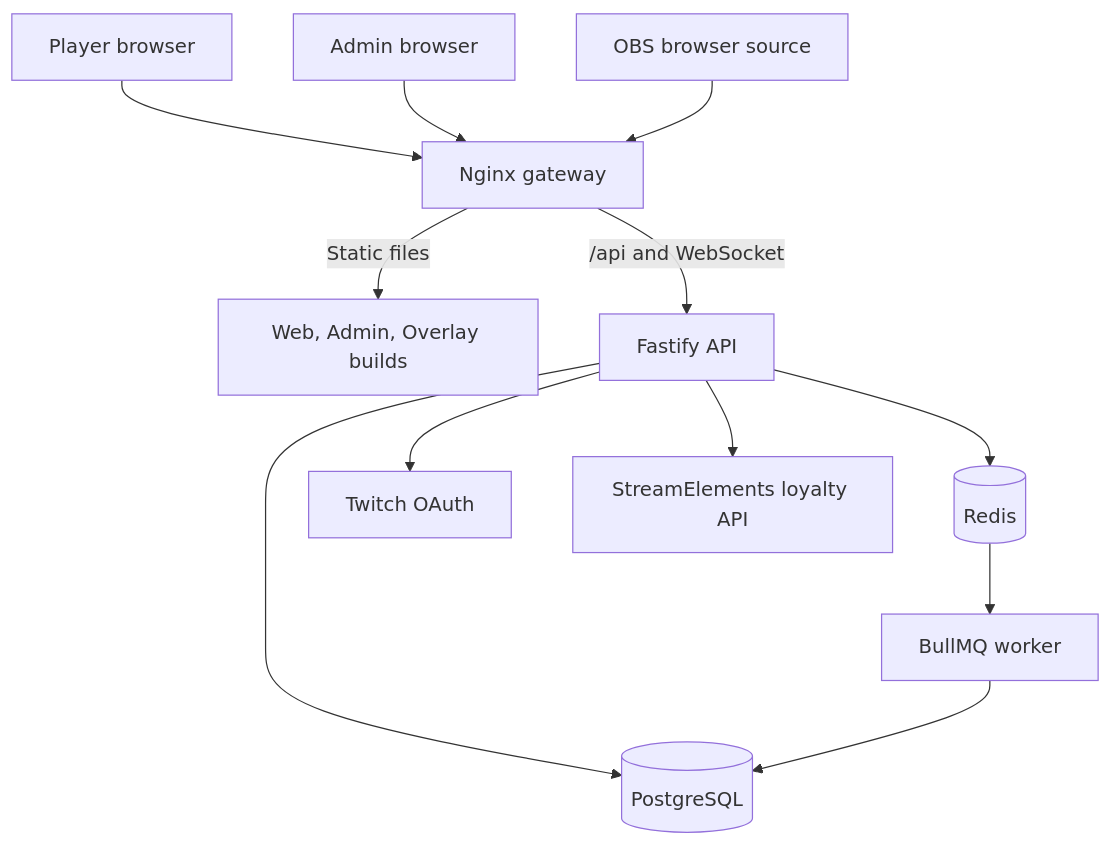
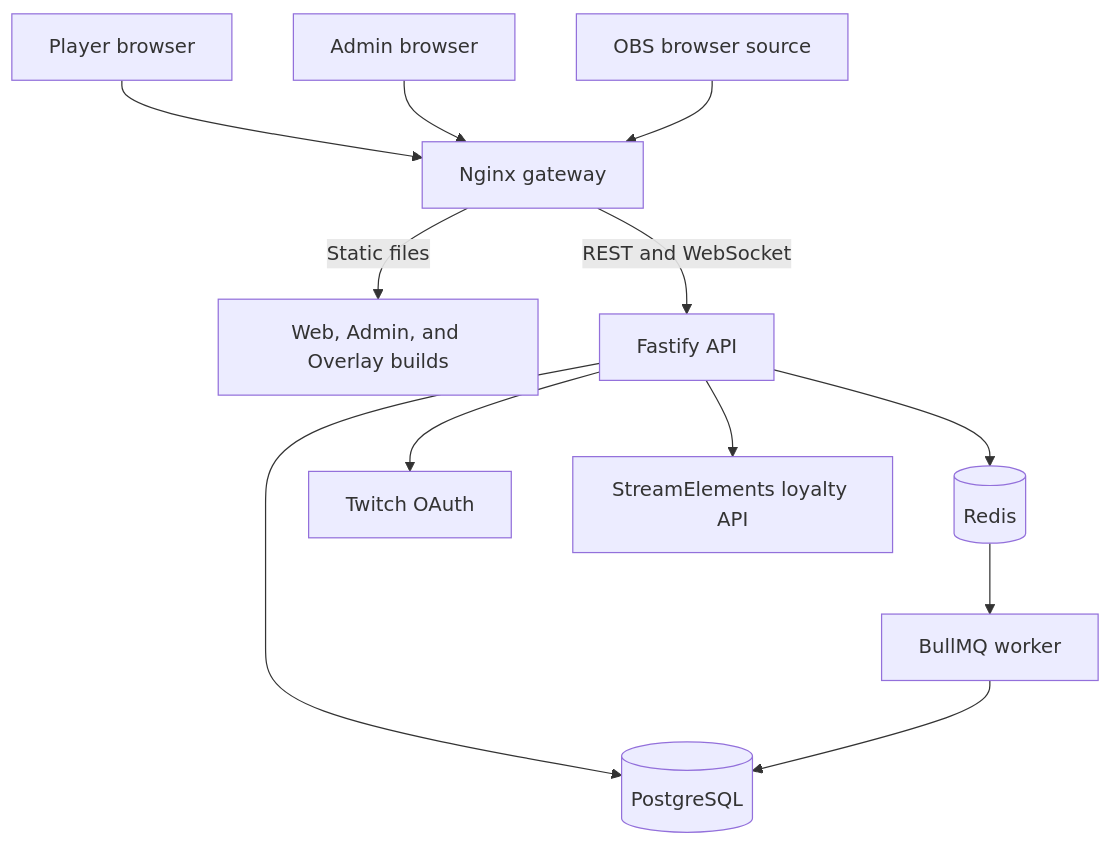
One commit to crazytaxzi/Neon_Wreckers_TTV_Overlay changed the diagram in README.md. Above: the diagram before and after it, drawn with Mermaid. The commit also changed other lines of this file, not shown here.

````diff
--- a/README.md
+++ b/README.md
@@ -74,17 +308,17 @@
 ```mermaid
 flowchart TD
     Viewer[Player browser] --> Gateway[Nginx gateway]
     Admin[Admin browser] --> Gateway
     OBS[OBS browser source] --> Gateway
 
-    Gateway -->|Static files| Web[Web, Admin, Overlay builds]
-    Gateway -->|/api and WebSocket| API[Fastify API]
+    Gateway -->|Static files| Clients[Web, Admin, and Overlay builds]
+    Gateway -->|REST and WebSocket| API[Fastify API]
 
     API --> DB[(PostgreSQL)]
     API --> Redis[(Redis)]
     Redis --> Worker[BullMQ worker]
     Worker --> DB
 
     API --> Twitch[Twitch OAuth]
     API --> StreamElements[StreamElements loyalty API]
 ```
````
